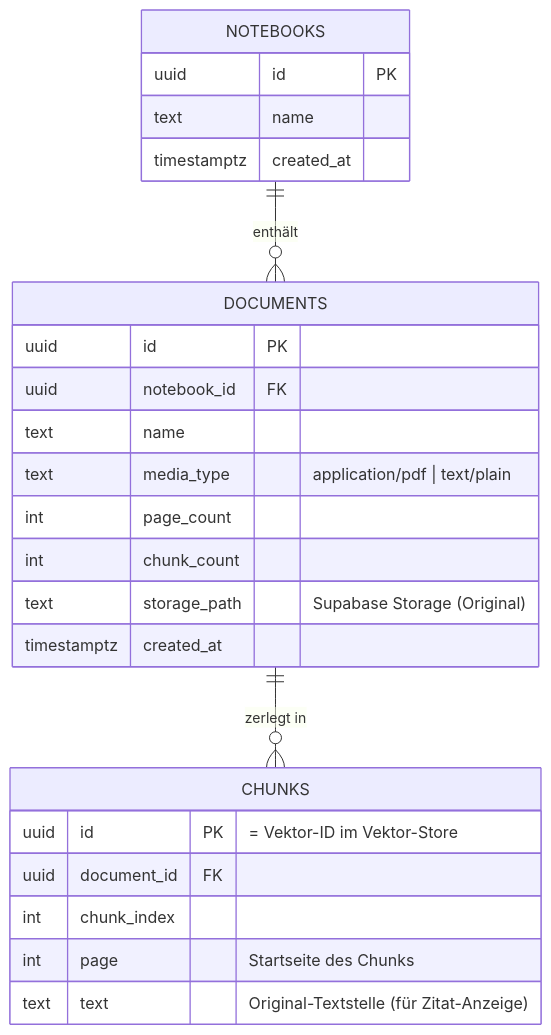
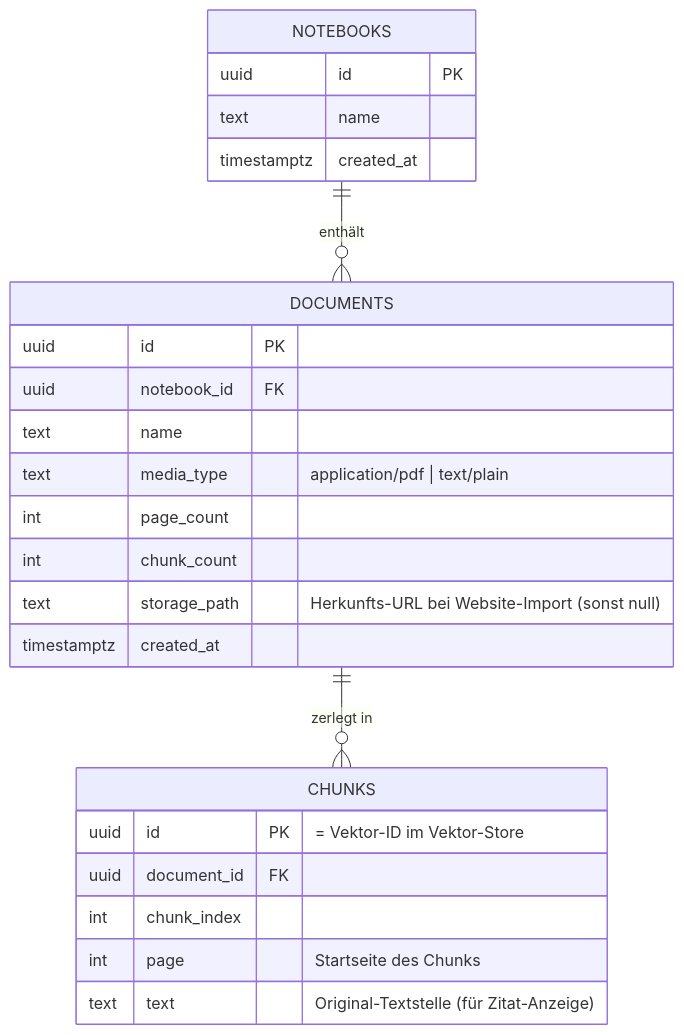
The diagram in docs/er-diagram.md (tib019/sourcerer), drawn with Mermaid before and after one commit. The commit also changed 4 other files, not shown here.

````diff
--- a/docs/er-diagram.md
+++ b/docs/er-diagram.md
@@ -3,30 +3,30 @@
 ```mermaid
 erDiagram
     NOTEBOOKS ||--o{ DOCUMENTS : "enthält"
     DOCUMENTS ||--o{ CHUNKS : "zerlegt in"
 
     NOTEBOOKS {
         uuid id PK
         text name
         timestamptz created_at
     }
 
     DOCUMENTS {
         uuid id PK
         uuid notebook_id FK
         text name
         text media_type "application/pdf | text/plain"
         int page_count
         int chunk_count
-        text storage_path "Supabase Storage (Original)"
+        text storage_path "Herkunfts-URL bei Website-Import (sonst null)"
         timestamptz created_at
     }
 
     CHUNKS {
         uuid id PK "= Vektor-ID im Vektor-Store"
         uuid document_id FK
         int chunk_index
         int page "Startseite des Chunks"
         text text "Original-Textstelle (für Zitat-Anzeige)"
     }
 ```
````
